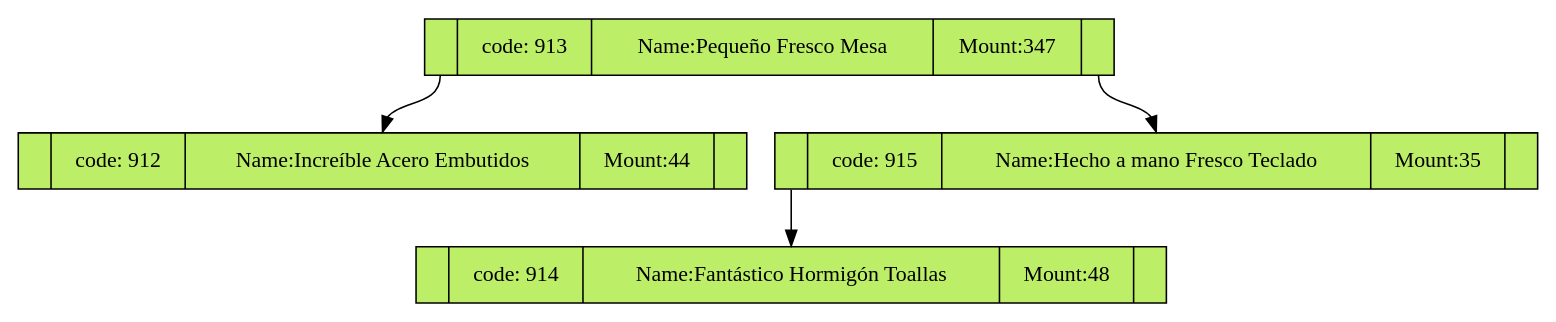
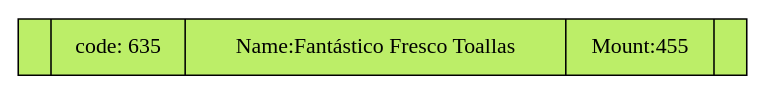
Before and after one commit to JAlvarez9/EDD_VirtualMall_201900528: the diagram in EDD_VirtualMall/Backend/Dots/arbol.dot, drawn with Graphviz. The commit also changed 51 other files, not shown here.

```diff
--- a/EDD_VirtualMall/Backend/Dots/arbol.dot
+++ b/EDD_VirtualMall/Backend/Dots/arbol.dot
@@ -1,10 +1,4 @@
 digraph G{
 node[shape="record"];
-node0xc000492180[label="<f0> | <f1> code: 913|<f2> Name:Pequeño Fresco Mesa |<f3> Mount:347  | <f4>" style = filled, fillcolor = darkolivegreen2];
-node0xc0004920c0[label="<f0>|<f1> code: 912|<f2> Name:Increíble Acero Embutidos |<f3> Mount:44  | <f4>" style = filled, fillcolor = darkolivegreen2];
-node0xc000492180:f0 -> node0xc0004920c0:f2 
-node0xc000492000[label="<f0>|<f1> code: 915|<f2> Name:Hecho a mano Fresco Teclado |<f3> Mount:35  | <f4>" style = filled, fillcolor = darkolivegreen2];
-node0xc000492180:f4 -> node0xc000492000:f2 
-node0xc000492240[label="<f0>|<f1> code: 914|<f2> Name:Fantástico Hormigón Toallas |<f3> Mount:48  | <f4>" style = filled, fillcolor = darkolivegreen2];
-node0xc000492000:f0 -> node0xc000492240:f2 
+node0xc000490780[label="<f0> | <f1> code: 635|<f2> Name:Fantástico Fresco Toallas |<f3> Mount:455  | <f4>" style = filled, fillcolor = darkolivegreen2];
 } 
```
